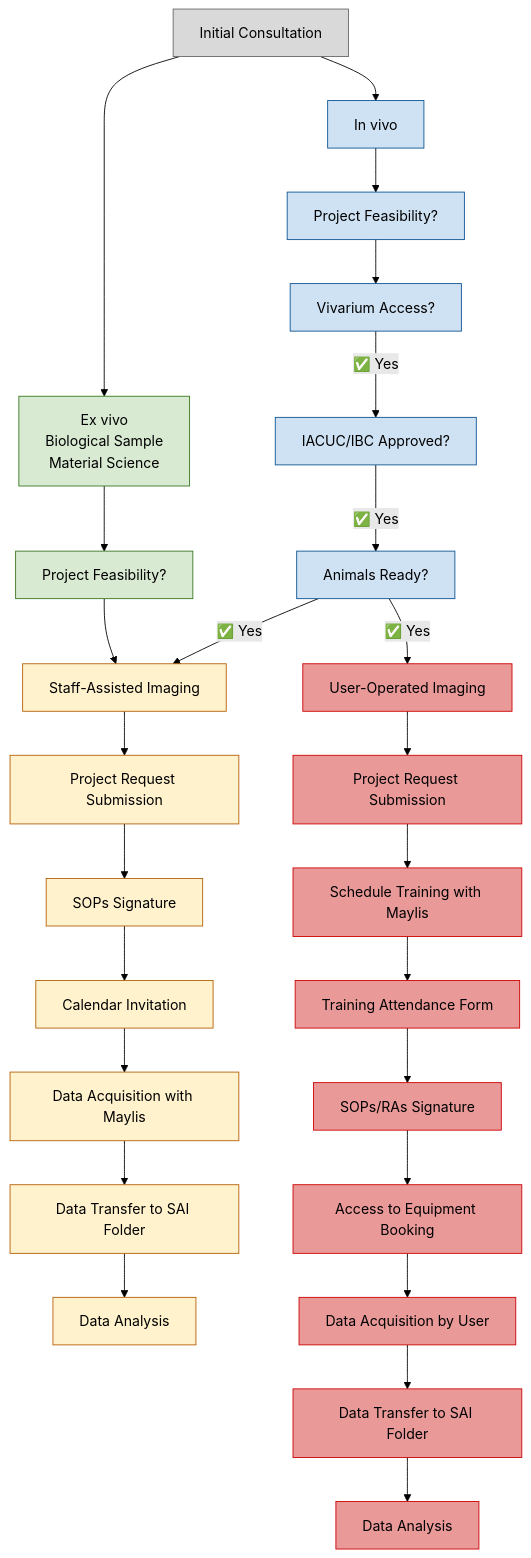
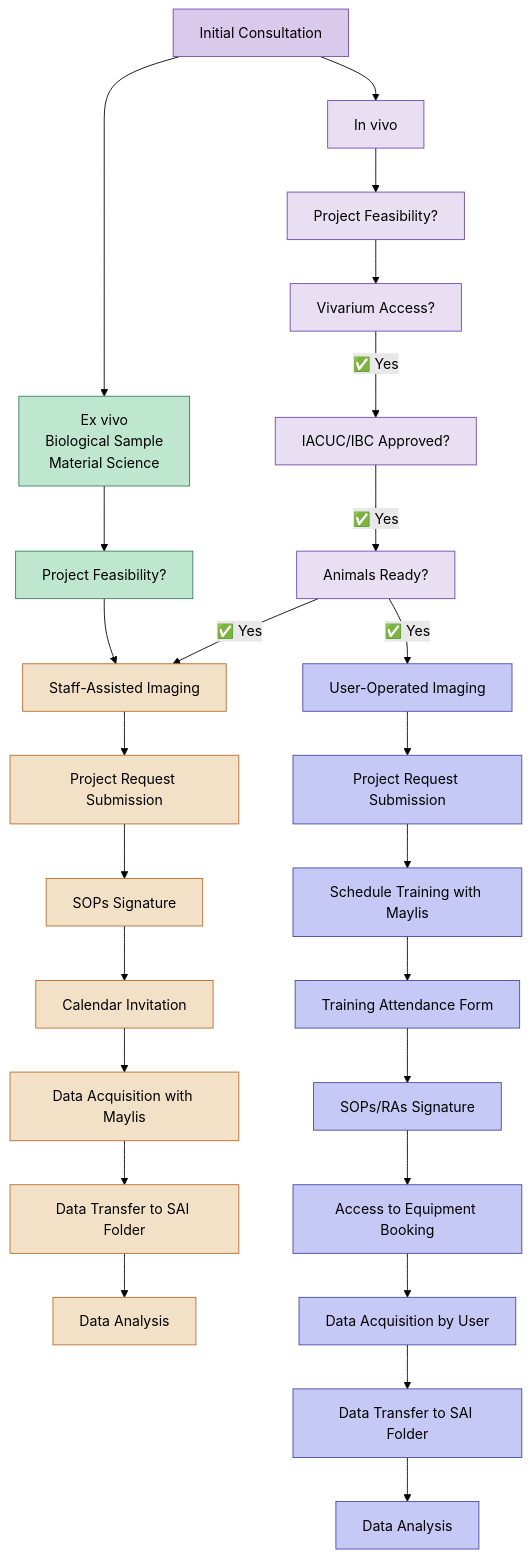
Before and after one commit to BioMedicalImaging-Core-NYUAD/smallanimalimaging-lab-documentation: the diagram in docs/source/1-lab-overview/SAI_scheduling.rst, drawn with Mermaid (forest theme).

Commit message:
font, styling

```diff
--- a/docs/source/1-lab-overview/SAI_scheduling.rst
+++ b/docs/source/1-lab-overview/SAI_scheduling.rst
@@ -8,68 +8,68 @@
 .. mermaid::
 
     graph TD
 
     %% Styles
-    classDef exvivo fill:#d9ead3,stroke:#38761d,stroke-width:1px;
-    classDef invivo fill:#cfe2f3,stroke:#0b5394,stroke-width:1px;
-    classDef user fill:#ea9999,stroke:#cc0000,stroke-width:1px;     %% red for user-operated
-    classDef staff fill:#fff2cc,stroke:#b45f06,stroke-width:1px;     %% yellow for staff
-    classDef consult fill:#d9d9d9,stroke:#666,stroke-width:1px;      %% grey for consultation
+    classDef consult fill:#d9c9eb,stroke:#7148af,stroke-width:1px;       %% Lavender purple for initial step
+    classDef exvivo fill:#bfe7d0,stroke:#3a7f5c,stroke-width:1px;        %% Light sage green
+    classDef invivo fill:#e8dff3,stroke:#7148af,stroke-width:1px;        %% Softer lavender for contrast
+    classDef staff fill:#f3e1c7,stroke:#b56b2d,stroke-width:1px;         %% Soft beige
+    classDef user fill:#c6c9f5,stroke:#434aa3,stroke-width:1px;          %% Blue-purple tone
 
     %% Nodes
     A["Initial Consultation"]:::consult
 
     %% Group 1: Ex vivo path
     B["Ex vivo<br>Biological Sample<br>Material Science"]:::exvivo
     D1["Project Feasibility?"]:::exvivo
 
     %% Group 2: In vivo path
     C["In vivo"]:::invivo
     L1["Project Feasibility?"]:::invivo
     M["Vivarium Access?"]:::invivo
     N["IACUC/IBC Approved?"]:::invivo
     O["Animals Ready?"]:::invivo
 
     %% Group 3: Staff-handled
     E["Staff-Assisted Imaging"]:::staff
     F["Project Request Submission"]:::staff
     G["SOPs Signature"]:::staff
     H["Calendar Invitation"]:::staff
     I["Data Acquisition with Maylis"]:::staff
     J["Data Transfer to SAI Folder"]:::staff
     K["Data Analysis"]:::staff
 
     %% Group 4: User-operated
     P["User-Operated Imaging"]:::user
     Q["Project Request Submission"]:::user
     R["Schedule Training with Maylis"]:::user
     S["Training Attendance Form"]:::user
     T["SOPs/RAs Signature"]:::user
     U["Access to Equipment Booking"]:::user
     V["Data Acquisition by User"]:::user
     W["Data Transfer to SAI Folder"]:::user
     X["Data Analysis"]:::user
 
     %% Flow
     A --> B
     A --> C
 
     %% Ex vivo flow
     B --> D1 --> E
     E --> F --> G --> H --> I --> J --> K
 
     %% In vivo flow
     C --> L1 --> M
     M --✅ Yes --> N
     N --✅ Yes --> O
     O --✅ Yes --> E
     O --✅ Yes --> P
 
     %% User-operated flow
     P --> Q --> R --> S --> T --> U --> V --> W --> X
 
     %% Clickable Nodes
     click A "mailto:maylis.boitet@nyu.edu"
     click Q "https://forms.gle/d3xRyphopVUj6PwW6"
     click S "https://docs.google.com/forms/d/e/1FAIpQLScLW1MOvo-9aAwX2_04FcyLGPR9xtDso9hu9SEixUy2VzuAiw/viewform"
     click U "https://corelabs.abudhabi.nyu.edu/"
```
